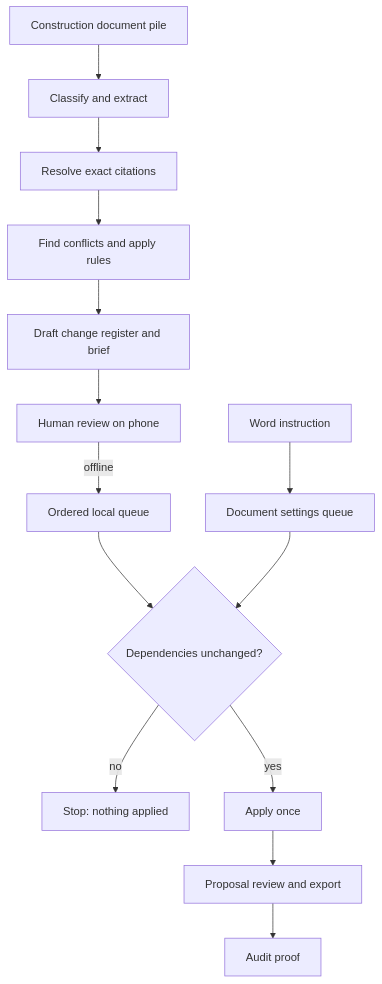
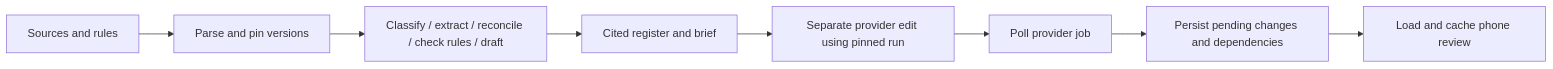
Before and after one commit to KarnPiyush/field-ledger: the first of 2 diagrams in docs/user-flow.md, drawn with Mermaid. The commit also changed other lines of this file and 9 other files, not shown here.

Commit message:
docs: clarify architecture, review flow and evidence boundaries

````diff
--- a/docs/user-flow.md
+++ b/docs/user-flow.md
@@ -16,16 +23,10 @@
 ```mermaid
-flowchart TD
-  A[Construction document pile] --> B[Classify and extract]
-  B --> C[Resolve exact citations]
-  C --> D[Find conflicts and apply rules]
-  D --> E[Draft change register and brief]
-  E --> F[Human review on phone]
-  F -->|offline| G[Ordered local queue]
-  G --> H{Dependencies unchanged?}
-  H -->|no| I[Stop: nothing applied]
-  H -->|yes| J[Apply once]
-  J --> K[Proposal review and export]
-  K --> L[Audit proof]
-  M[Word instruction] --> N[Document settings queue]
-  N --> H
+flowchart LR
+  Files[Sources and rules] --> Ingest[Parse and pin versions]
+  Ingest --> Analyze[Classify / extract / reconcile / check rules / draft]
+  Analyze --> Output[Cited register and brief]
+  Output --> Start[Separate provider edit using pinned run]
+  Start --> Poll[Poll provider job]
+  Poll --> Batch[Persist pending changes and dependencies]
+  Batch --> Phone[Load and cache phone review]
 ```
````
